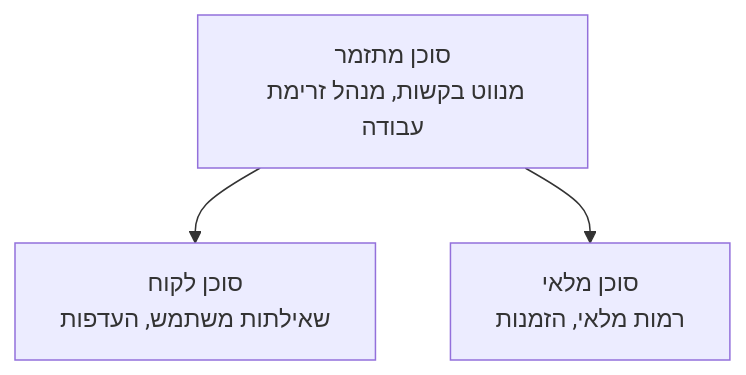
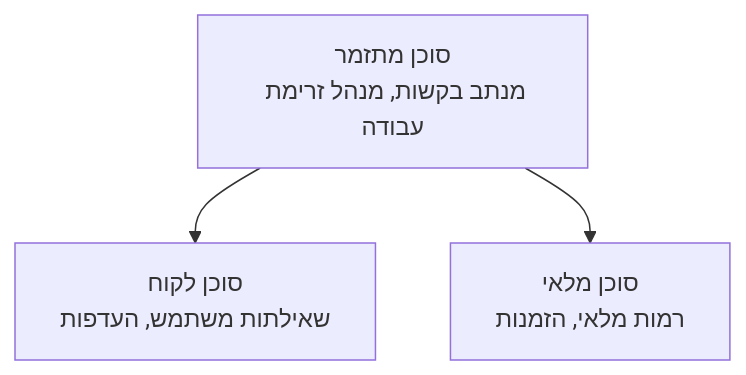
The diagram in translations/he/docs/chapter-05-multi-agent/README.md (microsoft/AZD-for-beginners), drawn with Mermaid before and after one commit. The commit also changed other lines of this file and 61 other files, not shown here.

````diff
--- a/translations/he/docs/chapter-05-multi-agent/README.md
+++ b/translations/he/docs/chapter-05-multi-agent/README.md
@@ -54,5 +54,5 @@
 ```mermaid
 graph TD
-    Orchestrator[סוכן מתזמר<br/>מנווט בקשות, מנהל זרימת עבודה] --> Customer[סוכן לקוח<br/>שאילתות משתמש, העדפות]
+    Orchestrator[סוכן מתזמר<br/>מנתב בקשות, מנהל זרימת עבודה] --> Customer[סוכן לקוח<br/>שאילתות משתמש, העדפות]
     Orchestrator --> Inventory[סוכן מלאי<br/>רמות מלאי, הזמנות]
 ```
````
